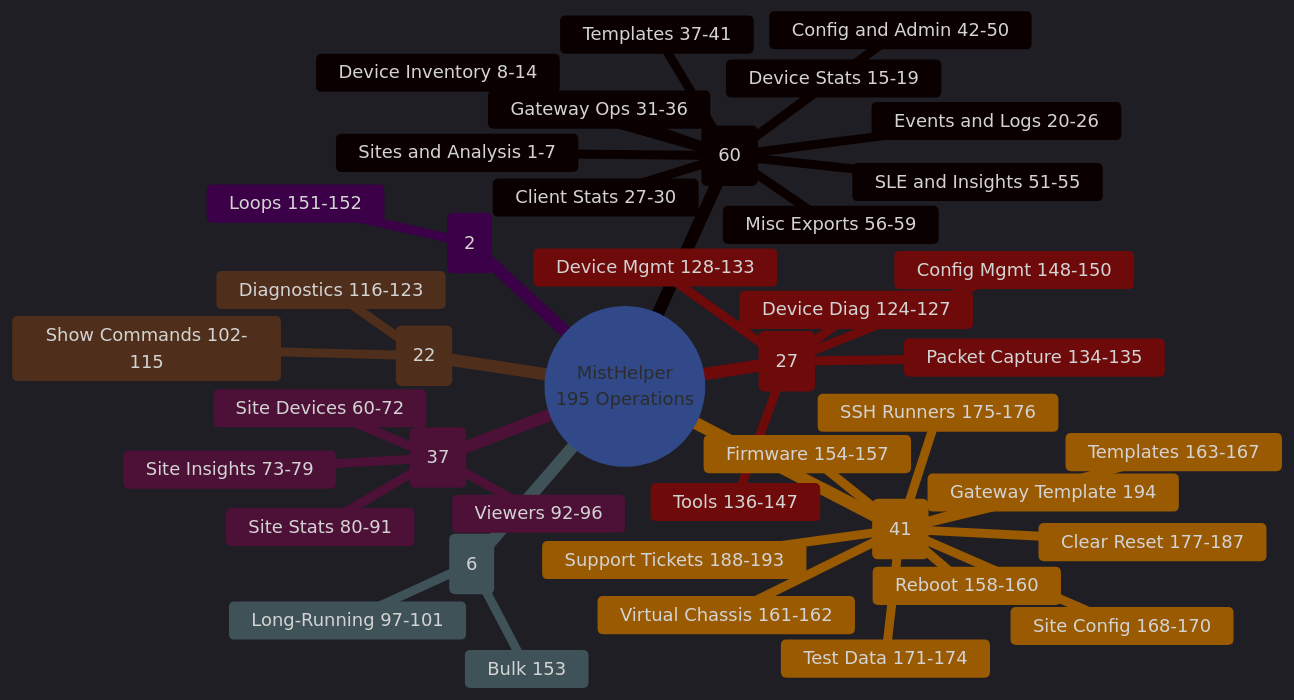
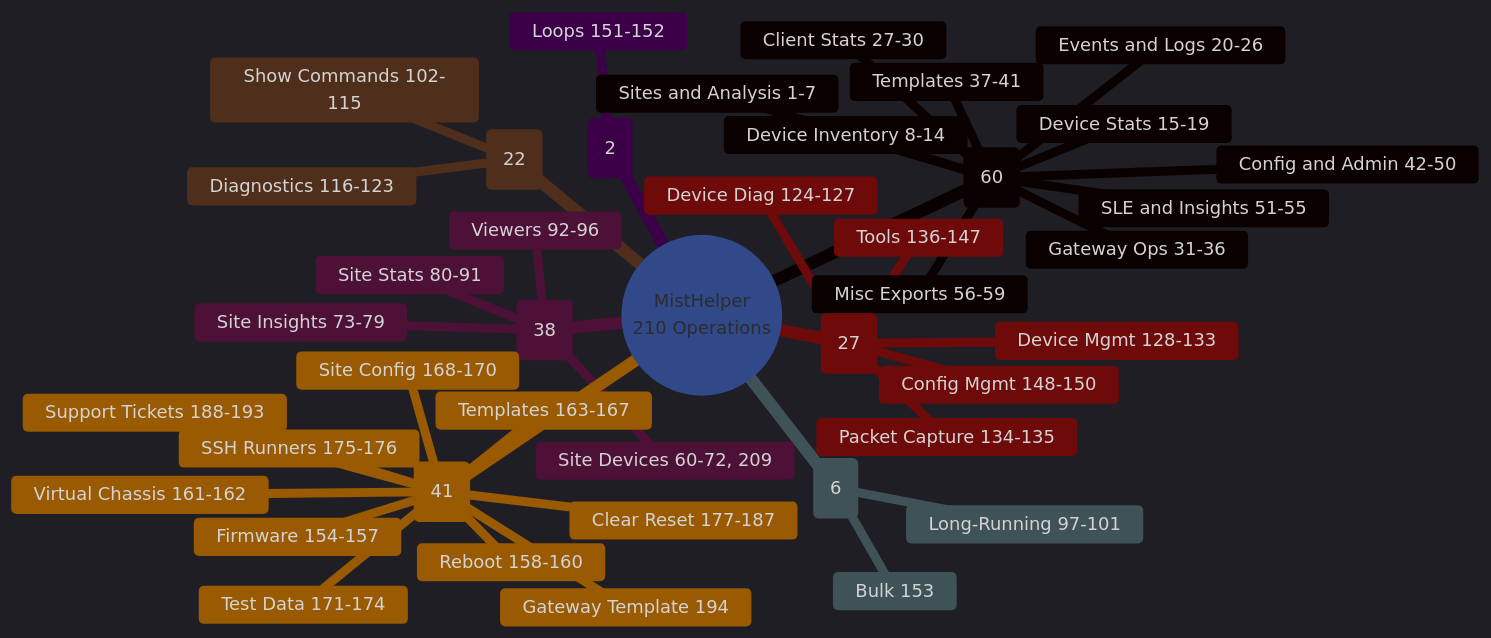
Before and after one commit to jmorrison-juniper/MistHelper: the second of 2 diagrams in README.md, drawn with Mermaid. The commit also changed 19 other files, not shown here.

````diff
--- a/README.md
+++ b/README.md
@@ -96,55 +96,55 @@
 ```mermaid
 %%{init: {'theme': 'dark', 'themeVariables': {
   'primaryColor': '#E20074',
   'primaryTextColor': '#E0E0E0',
   'primaryBorderColor': '#99004D',
   'lineColor': '#FF4DA6',
   'secondaryColor': '#16213E',
   'tertiaryColor': '#1A1A2E',
   'fontFamily': 'ui-monospace, monospace'
 }}}%%
 mindmap
-   root((MistHelper<br/>195 Operations))
+   root((MistHelper<br/>210 Operations))
     Safe Org Exports (60)
       Sites and Analysis 1-7
       Device Inventory 8-14
       Device Stats 15-19
       Events and Logs 20-26
       Client Stats 27-30
       Gateway Ops 31-36
       Templates 37-41
       Config and Admin 42-50
       SLE and Insights 51-55
       Misc Exports 56-59
-    Interactive Safe (37)
-      Site Devices 60-72
+    Interactive Safe (38)
+      Site Devices 60-72, 209
       Site Insights 73-79
       Site Stats 80-91
       Viewers 92-96
     Resource Intensive (6)
       Long-Running 97-101
       Bulk 153
     WebSocket (22)
       Show Commands 102-115
       Diagnostics 116-123
     Interactive (27)
       Device Diag 124-127
       Device Mgmt 128-133
       Packet Capture 134-135
       Tools 136-147
       Config Mgmt 148-150
     Continuous (2)
       Loops 151-152
     Destructive (41)
       ::icon(fa fa-warning)
       Firmware 154-157
       Reboot 158-160
       Virtual Chassis 161-162
       Templates 163-167
       Site Config 168-170
       Test Data 171-174
       SSH Runners 175-176
       Clear Reset 177-187
       Support Tickets 188-193
       Gateway Template 194
 ```
````
